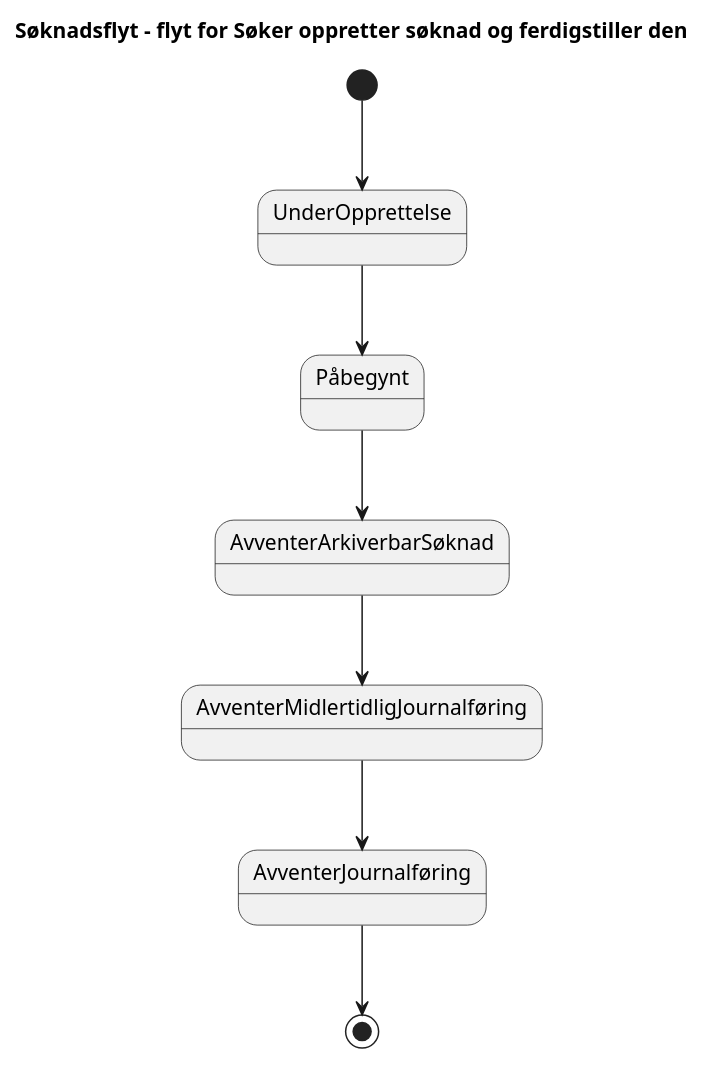
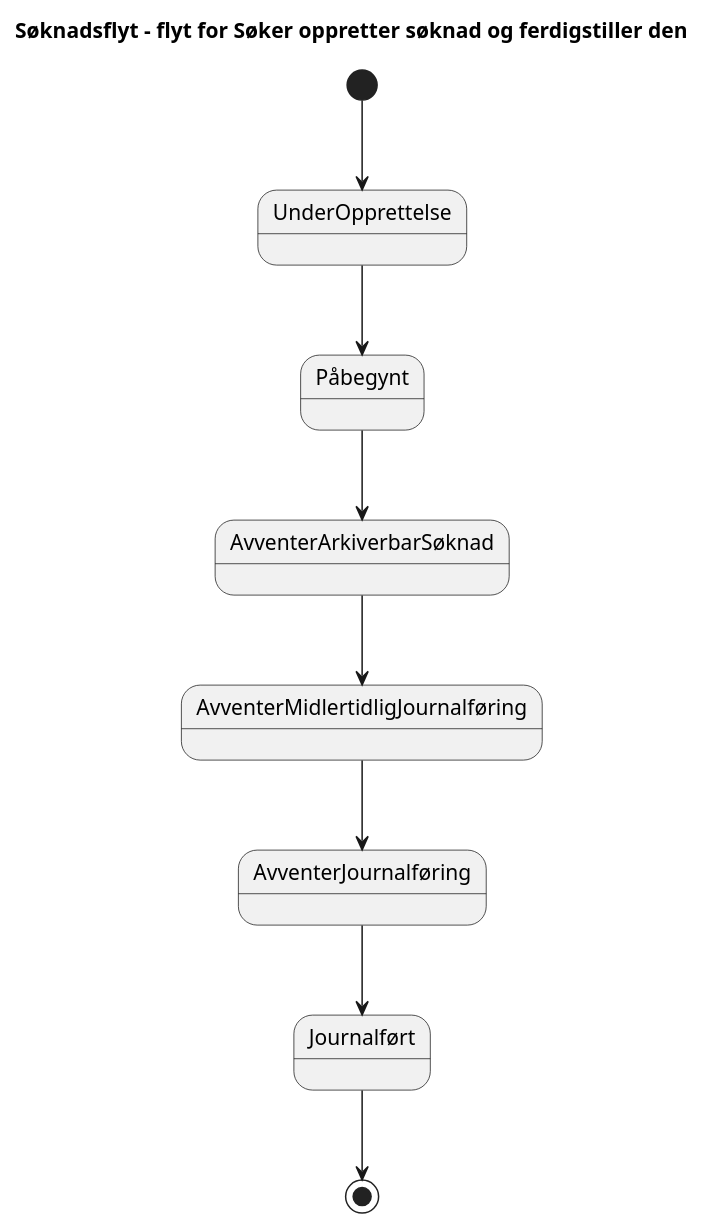
The diagram in docs/arkitektur/tilstander/Søker oppretter søknad og ferdigstiller den.approved.puml (navikt/dp-soknad), drawn with PlantUML before and after one commit. The commit also changed 7 other files, not shown here.

```diff
--- a/docs/arkitektur/tilstander/Søker oppretter søknad og ferdigstiller den.approved.puml
+++ b/docs/arkitektur/tilstander/Søker oppretter søknad og ferdigstiller den.approved.puml
@@ -1,11 +1,12 @@
 @startuml
 title 
 Søknadsflyt – flyt for Søker oppretter søknad og ferdigstiller den
 end title           
 [*]-->UnderOpprettelse 
 UnderOpprettelse --> Påbegynt
 Påbegynt --> AvventerArkiverbarSøknad
 AvventerArkiverbarSøknad --> AvventerMidlertidligJournalføring
 AvventerMidlertidligJournalføring --> AvventerJournalføring
-AvventerJournalføring--> [*]
+AvventerJournalføring --> Journalført
+Journalført--> [*]
 @enduml
```
